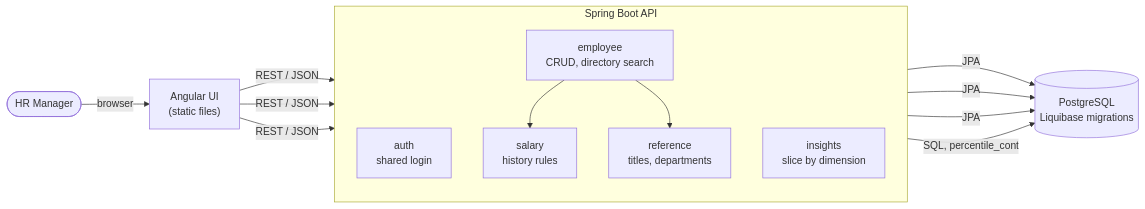
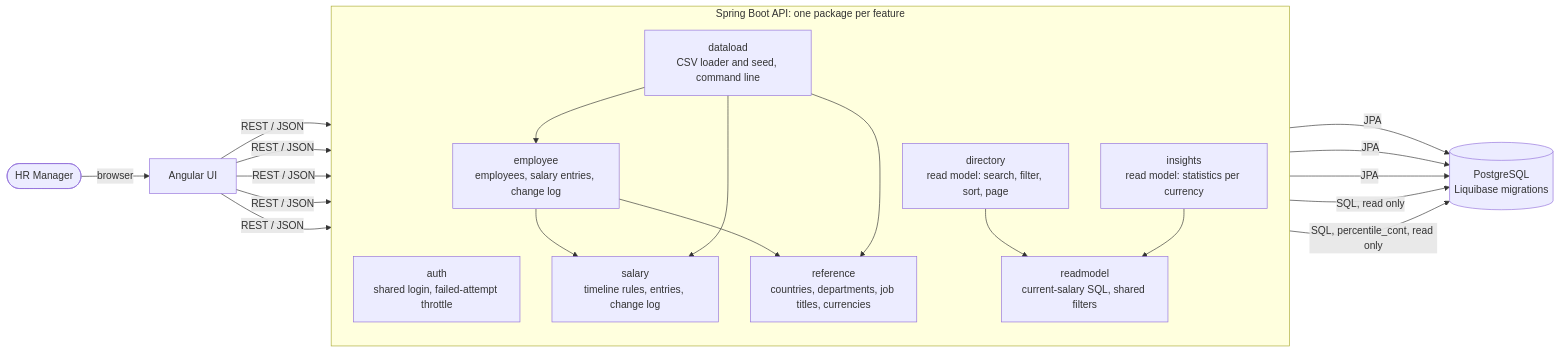
Before and after one commit to Rameshkumarsgp/acme-people-management: the first of 5 diagrams in docs/architecture/architecture.md, drawn with Mermaid. The commit also changed other lines of this file and 4 other files, not shown here.

Commit message:
fix(ui): format the headcount, and bring the architecture docs up to date

````diff
--- a/docs/architecture/architecture.md
+++ b/docs/architecture/architecture.md
@@ -9,27 +9,38 @@
 ```mermaid
 flowchart LR
     HR([HR Manager])
-    UI["Angular UI<br/>(static files)"]
+    UI["Angular UI"]
 
-    subgraph App["Spring Boot API"]
+    subgraph App["Spring Boot API: one package per feature"]
         direction TB
-        Auth["auth<br/>shared login"]
-        Employee["employee<br/>CRUD, directory search"]
-        Salary["salary<br/>history rules"]
-        Insights["insights<br/>slice by dimension"]
-        Reference["reference<br/>titles, departments"]
+        Auth["auth<br/>shared login, failed-attempt throttle"]
+        Employee["employee<br/>employees, salary entries, change log"]
+        Salary["salary<br/>timeline rules, entries, change log"]
+        Reference["reference<br/>countries, departments, job titles, currencies"]
+        Directory["directory<br/>read model: search, filter, sort, page"]
+        Insights["insights<br/>read model: statistics per currency"]
+        Readmodel["readmodel<br/>current-salary SQL, shared filters"]
+        Dataload["dataload<br/>CSV loader and seed, command line"]
     end
 
     DB[("PostgreSQL<br/>Liquibase migrations")]
 
     HR -->|browser| UI
     UI -->|REST / JSON| Auth
     UI -->|REST / JSON| Employee
+    UI -->|REST / JSON| Directory
     UI -->|REST / JSON| Insights
+    UI -->|REST / JSON| Reference
     Employee --> Salary
     Employee --> Reference
+    Directory --> Readmodel
+    Insights --> Readmodel
+    Dataload --> Employee
+    Dataload --> Salary
+    Dataload --> Reference
     Employee -->|JPA| DB
     Salary -->|JPA| DB
     Reference -->|JPA| DB
-    Insights -->|SQL, percentile_cont| DB
+    Directory -->|"SQL, read only"| DB
+    Insights -->|"SQL, percentile_cont, read only"| DB
 ```
````
